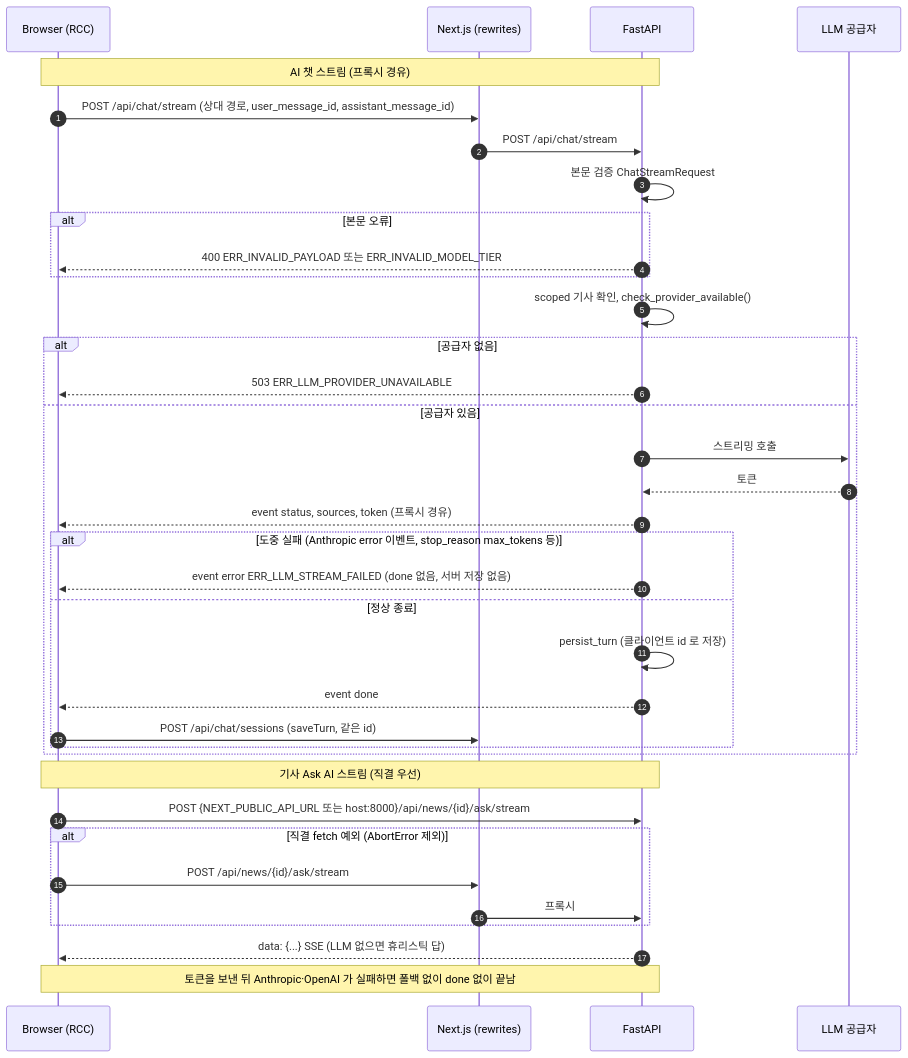
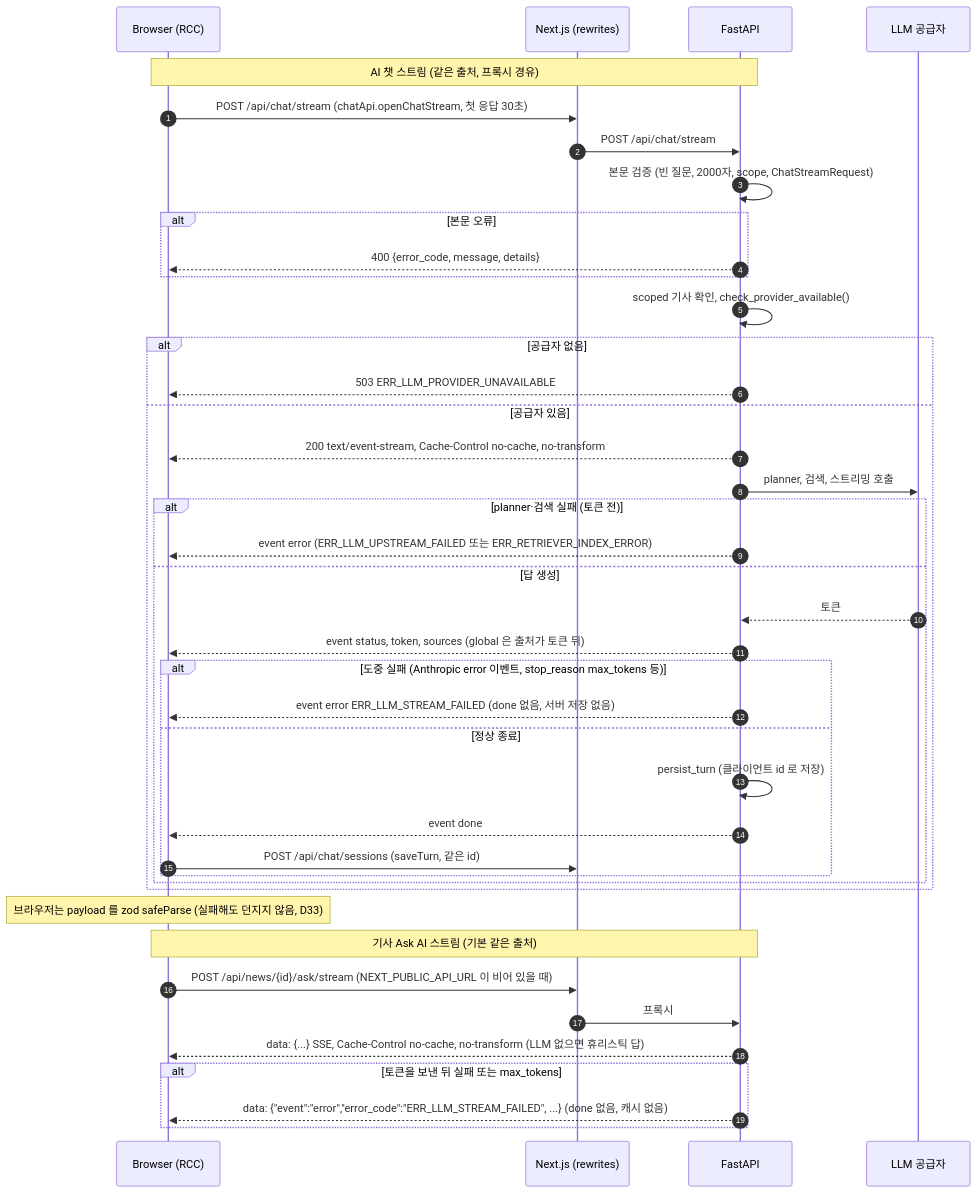
The third of 3 diagrams in docs/fullstack-architect/01_ARCHITECTURE_ADR.md (ozplayground/agent-lens), drawn with Mermaid before and after one commit. The commit also changed other lines of this file and 216 other files, not shown here.

````diff
--- a/docs/fullstack-architect/01_ARCHITECTURE_ADR.md
+++ b/docs/fullstack-architect/01_ARCHITECTURE_ADR.md
@@ -188,40 +208,45 @@
 ```mermaid
 sequenceDiagram
     autonumber
     participant B as Browser (RCC)
     participant N as Next.js (rewrites)
     participant F as FastAPI
     participant L as LLM 공급자
 
-    Note over B,F: AI 챗 스트림 (프록시 경유)
-    B->>N: POST /api/chat/stream (상대 경로, user_message_id, assistant_message_id)
+    Note over B,F: AI 챗 스트림 (같은 출처, 프록시 경유)
+    B->>N: POST /api/chat/stream (chatApi.openChatStream, 첫 응답 30초)
     N->>F: POST /api/chat/stream
-    F->>F: 본문 검증 ChatStreamRequest
+    F->>F: 본문 검증 (빈 질문, 2000자, scope, ChatStreamRequest)
     alt 본문 오류
-        F-->>B: 400 ERR_INVALID_PAYLOAD 또는 ERR_INVALID_MODEL_TIER
+        F-->>B: 400 {error_code, message, details}
     end
     F->>F: scoped 기사 확인, check_provider_available()
     alt 공급자 없음
         F-->>B: 503 ERR_LLM_PROVIDER_UNAVAILABLE
     else 공급자 있음
-        F->>L: 스트리밍 호출
-        L-->>F: 토큰
-        F-->>B: event status, sources, token (프록시 경유)
-        alt 도중 실패 (Anthropic error 이벤트, stop_reason max_tokens 등)
-            F-->>B: event error ERR_LLM_STREAM_FAILED (done 없음, 서버 저장 없음)
-        else 정상 종료
-            F->>F: persist_turn (클라이언트 id 로 저장)
-            F-->>B: event done
-            B->>N: POST /api/chat/sessions (saveTurn, 같은 id)
+        F-->>B: 200 text/event-stream, Cache-Control no-cache, no-transform
+        F->>L: planner, 검색, 스트리밍 호출
+        alt planner·검색 실패 (토큰 전)
+            F-->>B: event error (ERR_LLM_UPSTREAM_FAILED 또는 ERR_RETRIEVER_INDEX_ERROR)
+        else 답 생성
+            L-->>F: 토큰
+            F-->>B: event status, token, sources (global 은 출처가 토큰 뒤)
+            alt 도중 실패 (Anthropic error 이벤트, stop_reason max_tokens 등)
+                F-->>B: event error ERR_LLM_STREAM_FAILED (done 없음, 서버 저장 없음)
+            else 정상 종료
+                F->>F: persist_turn (클라이언트 id 로 저장)
+                F-->>B: event done
+                B->>N: POST /api/chat/sessions (saveTurn, 같은 id)
+            end
         end
     end
+    Note over B: 브라우저는 payload 를 zod safeParse (실패해도 던지지 않음, D33)
 
-    Note over B,F: 기사 Ask AI 스트림 (직결 우선)
-    B->>F: POST {NEXT_PUBLIC_API_URL 또는 host:8000}/api/news/{id}/ask/stream
-    alt 직결 fetch 예외 (AbortError 제외)
-        B->>N: POST /api/news/{id}/ask/stream
-        N->>F: 프록시
+    Note over B,F: 기사 Ask AI 스트림 (기본 같은 출처)
+    B->>N: POST /api/news/{id}/ask/stream (NEXT_PUBLIC_API_URL 이 비어 있을 때)
+    N->>F: 프록시
+    F-->>B: data: {...} SSE, Cache-Control no-cache, no-transform (LLM 없으면 휴리스틱 답)
+    alt 토큰을 보낸 뒤 실패 또는 max_tokens
+        F-->>B: data: {"event":"error","error_code":"ERR_LLM_STREAM_FAILED", ...} (done 없음, 캐시 없음)
     end
-    F-->>B: data: {...} SSE (LLM 없으면 휴리스틱 답)
-    Note over F,B: 토큰을 보낸 뒤 Anthropic·OpenAI 가 실패하면 폴백 없이 done 없이 끝남
 ```
````
